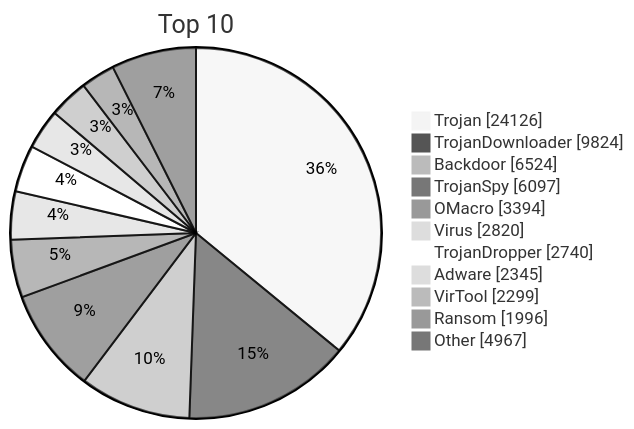
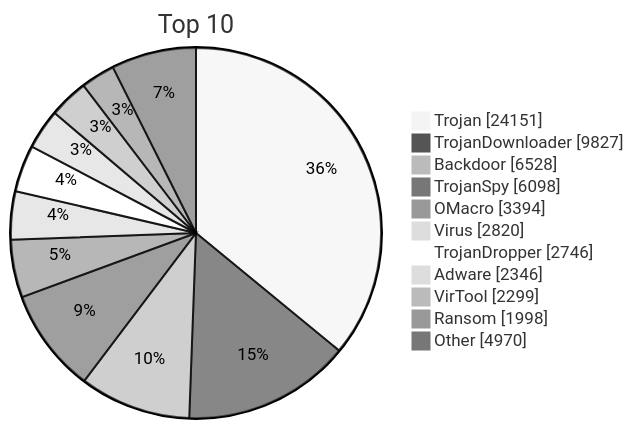
One commit to JerryLinLinLin/huorong-virdb-changelog changed the diagram in README.md. Above: the diagram before and after it, drawn with Mermaid (neutral theme). The commit also changed other lines of this file and 15 other files, not shown here.

````diff
--- a/README.md
+++ b/README.md
@@ -19,15 +19,15 @@
 ```mermaid
 pie showData
     title Top 10
-    "Trojan" : 24126
-    "TrojanDownloader" : 9824
-    "Backdoor" : 6524
-    "TrojanSpy" : 6097
+    "Trojan" : 24151
+    "TrojanDownloader" : 9827
+    "Backdoor" : 6528
+    "TrojanSpy" : 6098
     "OMacro" : 3394
     "Virus" : 2820
-    "TrojanDropper" : 2740
-    "Adware" : 2345
+    "TrojanDropper" : 2746
+    "Adware" : 2346
     "VirTool" : 2299
-    "Ransom" : 1996
-    "Other" : 4967
+    "Ransom" : 1998
+    "Other" : 4970
 ```
````
